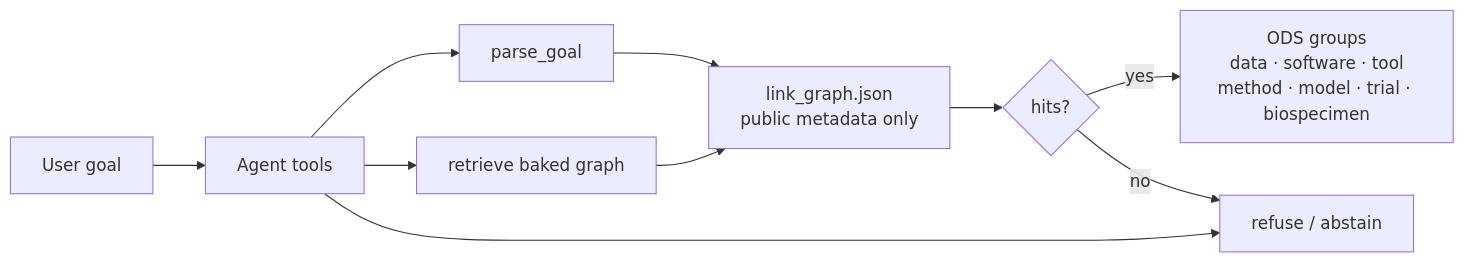
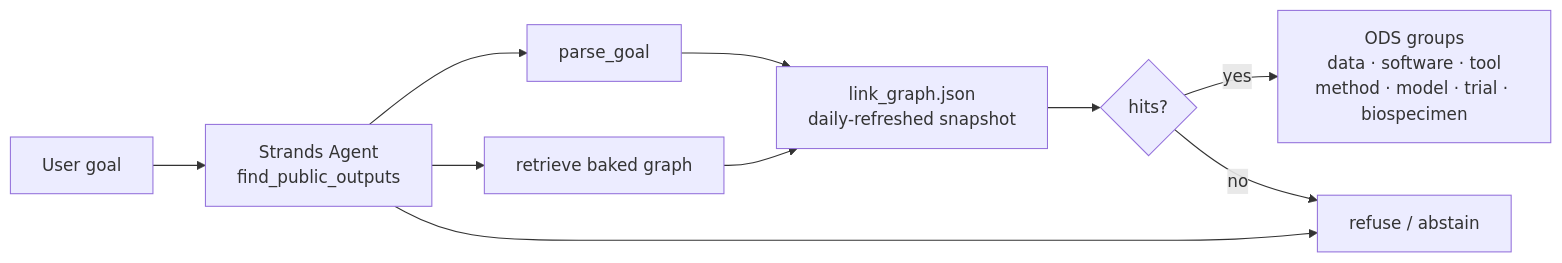
Before and after one commit to qxiong888/cancer-output-atlas: the diagram in docs/architecture.mmd, drawn with Mermaid. The commit also changed other lines of this file and 4 other files, not shown here.

Commit message:
Align public docs with live Strands find and demo framing.

```diff
--- a/docs/architecture.mmd
+++ b/docs/architecture.mmd
@@ -1,13 +1,11 @@
-%% Cancer Output Atlas — public architecture
-%% Find ranks a baked public-metadata graph. No live ingest. No invented IDs.
-
+%% Cancer Output Atlas find path — Strands agent on live; daily-refreshed snapshot
 flowchart LR
-  U["User goal"] --> A["Agent tools"]
+  U["User goal"] --> A["Strands Agent<br/>find_public_outputs"]
   A --> P["parse_goal"]
   A --> R["retrieve baked graph"]
   A --> X["refuse / abstain"]
-  P --> G["link_graph.json<br/>public metadata only"]
+  P --> G["link_graph.json<br/>daily-refreshed snapshot"]
   R --> G
   G --> H{hits?}
   H -->|yes| O["ODS groups<br/>data · software · tool<br/>method · model · trial · biospecimen"]
   H -->|no| X
```
